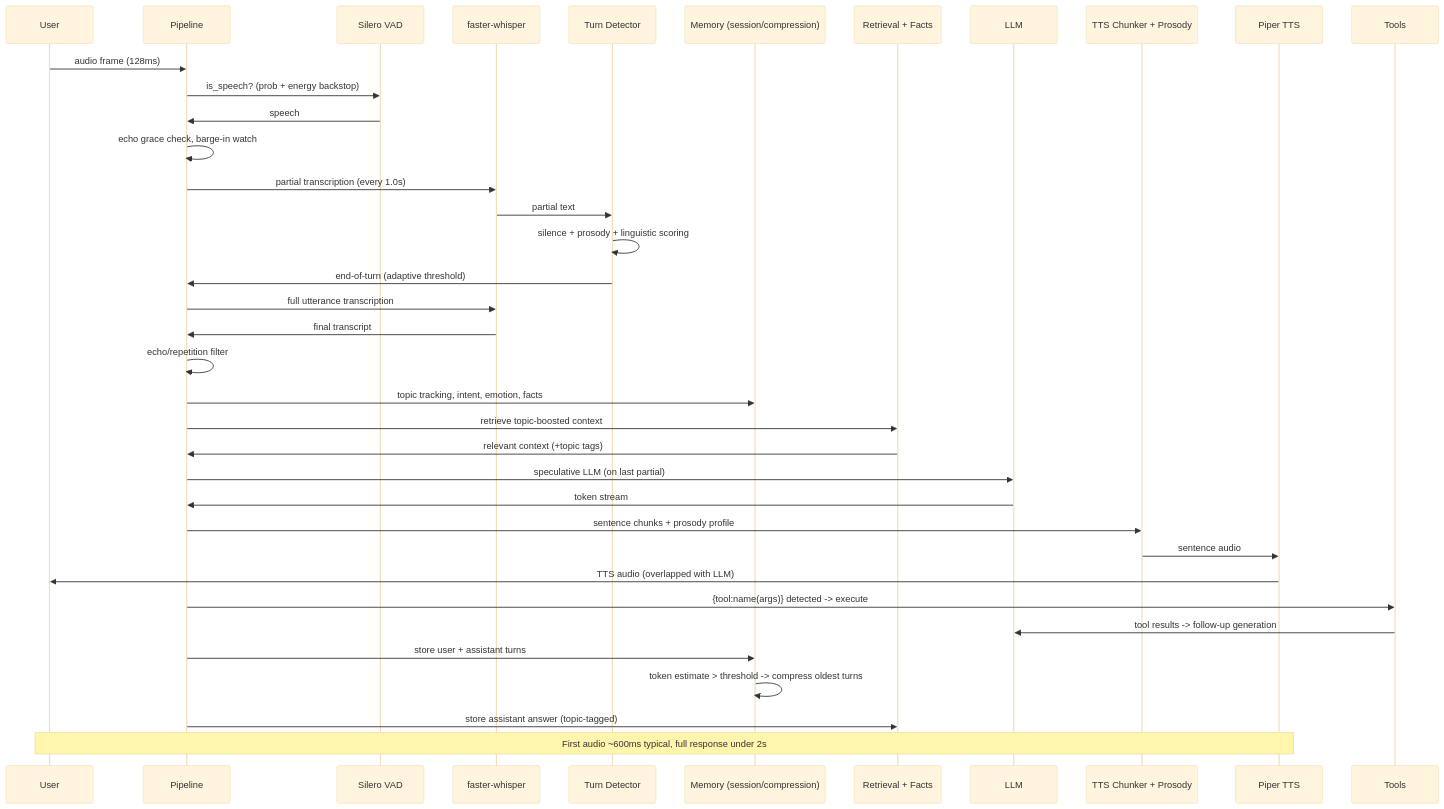
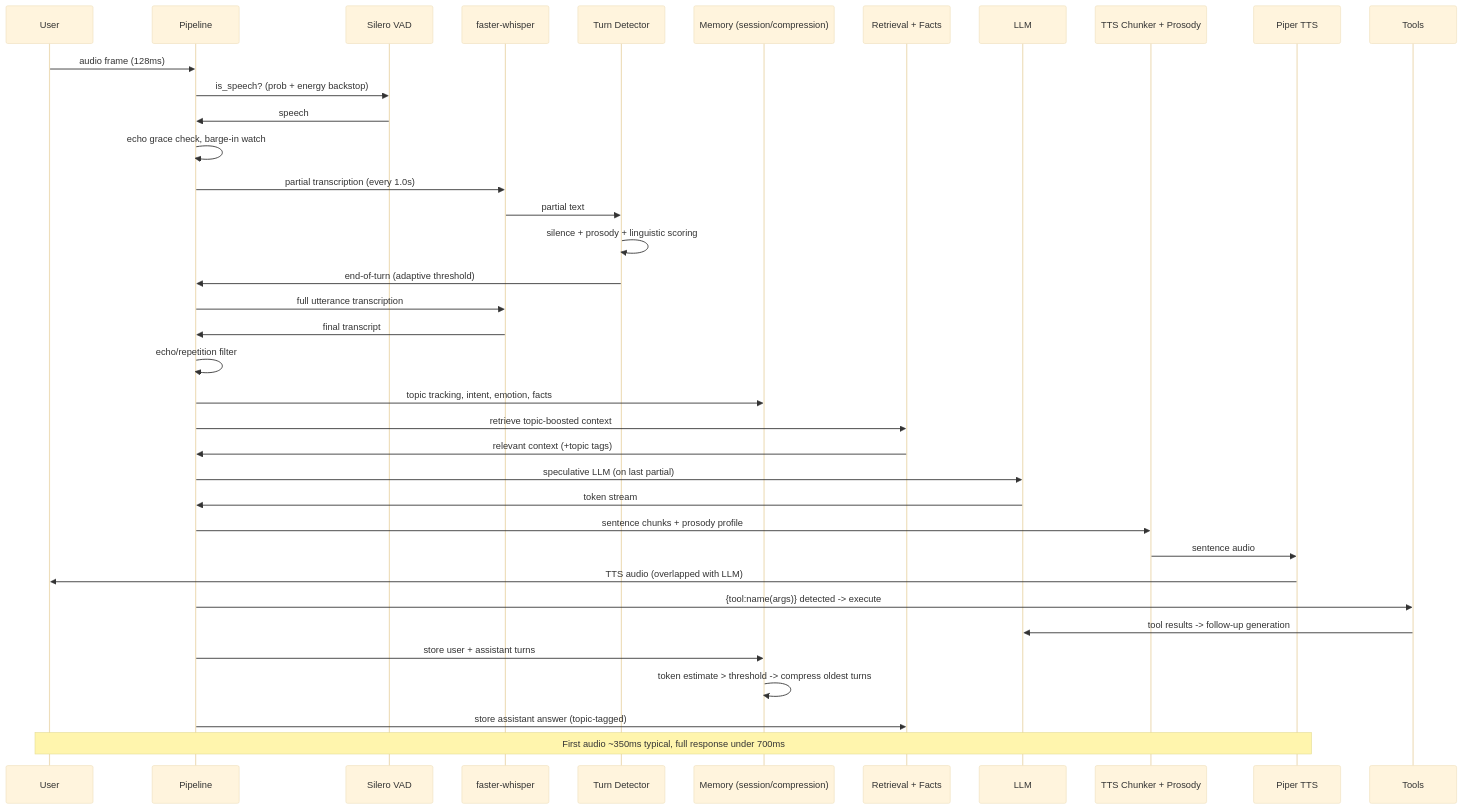
The fourth of 4 diagrams in README.md (Shindevrp/Bolo), drawn with Mermaid (base theme) before and after one commit. The commit also changed other lines of this file and 8 other files, not shown here.

````diff
--- a/README.md
+++ b/README.md
@@ -472,40 +506,40 @@
 ```mermaid
 sequenceDiagram
     participant U as User
     participant P as Pipeline
     participant V as Silero VAD
     participant S as faster-whisper
     participant T as Turn Detector
     participant M as Memory (session/compression)
     participant R as Retrieval + Facts
     participant L as LLM
     participant K as TTS Chunker + Prosody
     participant X as Piper TTS
     participant O as Tools
 
     U->>P: audio frame (128ms)
     P->>V: is_speech? (prob + energy backstop)
     V->>P: speech
     P->>P: echo grace check, barge-in watch
     P->>S: partial transcription (every 1.0s)
     S->>T: partial text
     T->>T: silence + prosody + linguistic scoring
     T->>P: end-of-turn (adaptive threshold)
     P->>S: full utterance transcription
     S->>P: final transcript
     P->>P: echo/repetition filter
     P->>M: topic tracking, intent, emotion, facts
     P->>R: retrieve topic-boosted context
     R->>P: relevant context (+topic tags)
     P->>L: speculative LLM (on last partial)
     L->>P: token stream
     P->>K: sentence chunks + prosody profile
     K->>X: sentence audio
     X->>U: TTS audio (overlapped with LLM)
     P->>O: {tool:name(args)} detected -> execute
     O->>L: tool results -> follow-up generation
     P->>M: store user + assistant turns
     M->>M: token estimate > threshold -> compress oldest turns
     P->>R: store assistant answer (topic-tagged)
-    Note over U,X: First audio ~600ms typical, full response under 2s
+    Note over U,X: First audio ~350ms typical, full response under 700ms
 ```
````
